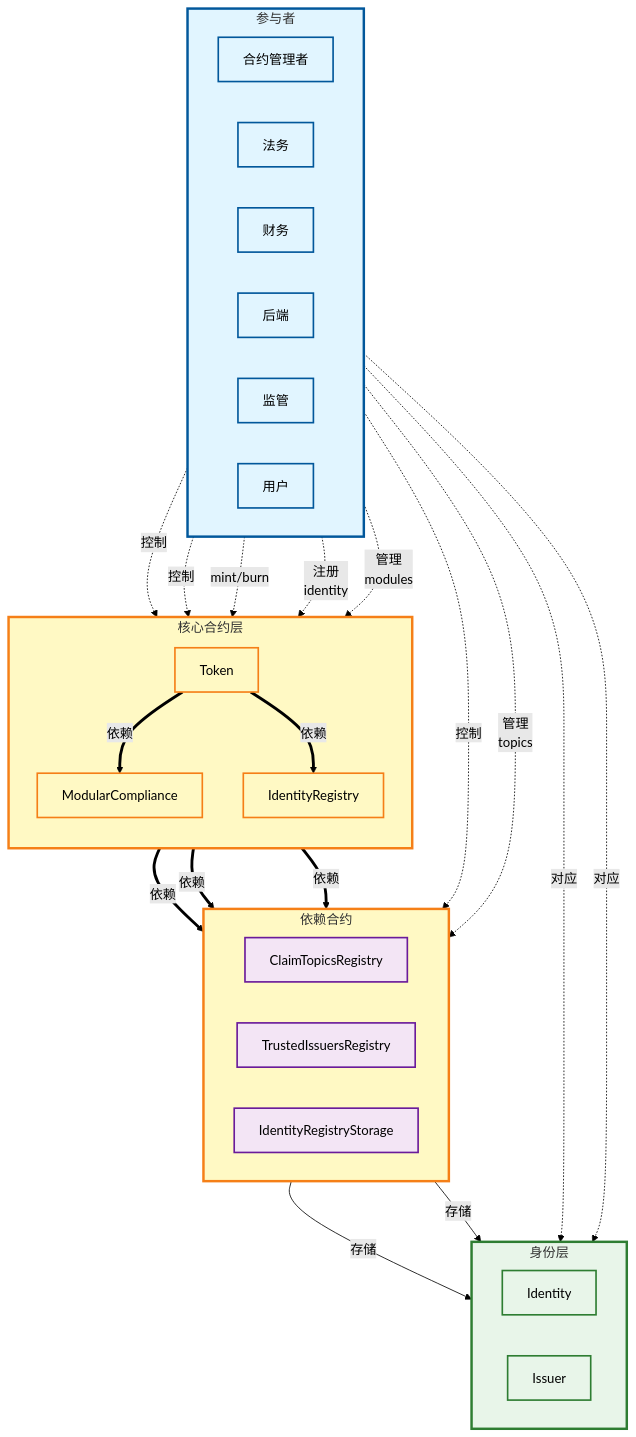
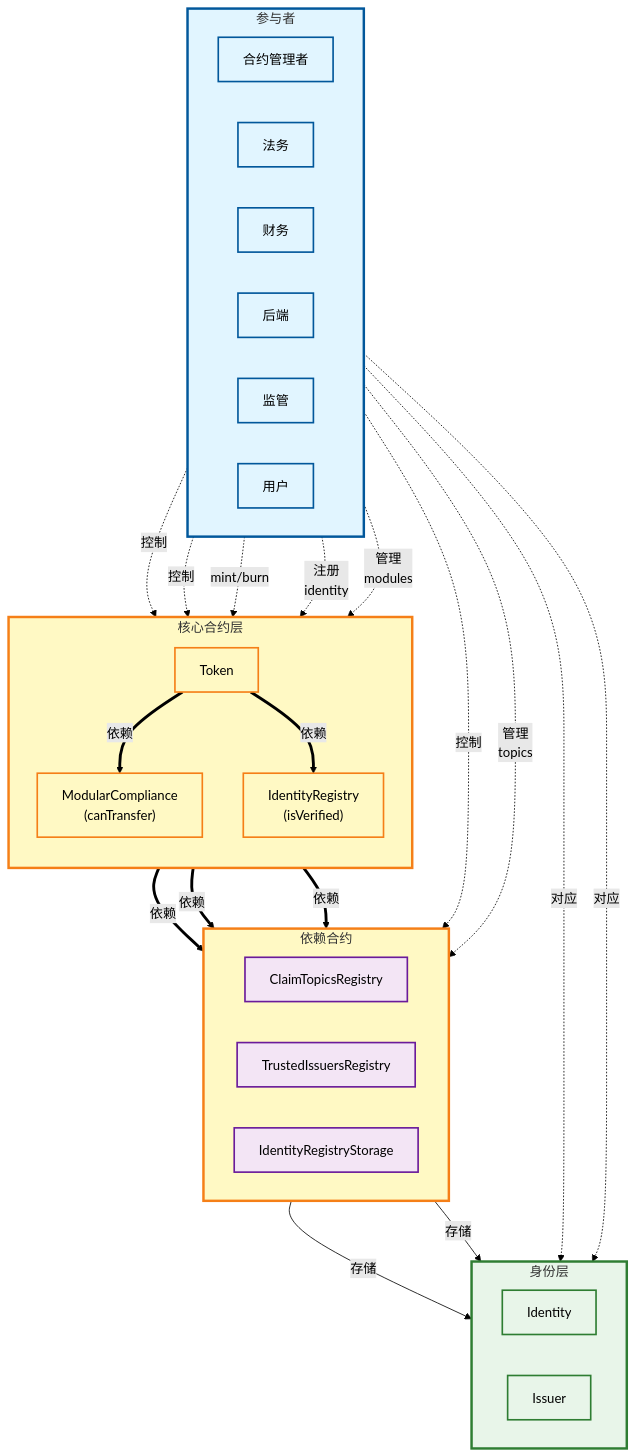
The diagram in document/permission/design.md (Joshuashen022/erc-3643-demo), drawn with Mermaid (forest theme) before and after one commit. The commit also changed 27 other files, not shown here.

````diff
--- a/document/permission/design.md
+++ b/document/permission/design.md
@@ -12,73 +12,73 @@
 ```mermaid
 graph TB
     %% 外部角色层
     subgraph Roles["参与者"]
         direction LR
         Admin[合约管理者]
         Legal[法务]
         Finance[财务]
         Backend[后端]
         Regulator[监管]
         User[用户]
     end
 
     %% 核心合约层
     subgraph Core["核心合约层"]
         direction TB
         TokenOwner["Token"]
-        IR["IdentityRegistry"]
-        Compliance["ModularCompliance"]
+        IR["IdentityRegistry<br/>(isVerified)"]
+        Compliance["ModularCompliance<br/>(canTransfer)"]
     end
 
     %% 注册表层
     subgraph Registry["依赖合约"]
         direction LR
         Topics["ClaimTopicsRegistry"]
         Trusted["TrustedIssuersRegistry"]
         IRStorage["IdentityRegistryStorage"]
     end
 
     %% 身份层
     subgraph Identity["身份层"]
         direction LR
         IdentityKeys["Identity"]
         IssuerKeys["Issuer"]
     end
 
     %% 合约间依赖关系（实线箭头）
     TokenOwner ==>|依赖| Compliance
     TokenOwner ==>|依赖| IR
     IR ==>|依赖| IRStorage
     IR ==>|依赖| Topics
     IR ==>|依赖| Trusted
     Trusted -->|存储| IssuerKeys
     IRStorage -->|存储| IdentityKeys
 
     %% 角色到模块的权限关系（虚线箭头）
     Admin -.->|控制| TokenOwner 
     Admin -.->|控制| IR
     Admin -.->|控制| IRStorage
     Legal -.->|管理<br/>topics| Topics
     Finance -.->|mint/burn| TokenOwner
     Backend -.->|注册<br/>identity| IR
     Regulator -.->|管理<br/>modules| Compliance
     User -.->|对应| IdentityKeys
     Legal -.->|对应| IssuerKeys
 
     %% 样式
     classDef roleStyle fill:#e1f5ff,stroke:#01579b,stroke-width:2px
     classDef coreStyle fill:#fff9c4,stroke:#f57f17,stroke-width:2px
     classDef registryStyle fill:#f3e5f5,stroke:#6a1b9a,stroke-width:2px
     classDef identityStyle fill:#e8f5e9,stroke:#2e7d32,stroke-width:2px
 
     class Admin,Legal,Finance,Backend,Regulator,User roleStyle
     class TokenOwner,IR,Compliance coreStyle
     class Topics,Trusted,IRStorage registryStyle
     class IdentityKeys,IssuerKeys identityStyle
 
     %% Subgraph 样式
     style Roles fill:#e1f5ff,stroke:#01579b,stroke-width:3px
     style Core  fill:#fff9c4,stroke:#f57f17,stroke-width:3px
     style Registry fill:#fff9c4,stroke:#f57f17,stroke-width:3px
     style Identity fill:#e8f5e9,stroke:#2e7d32,stroke-width:3px
 ```
````
